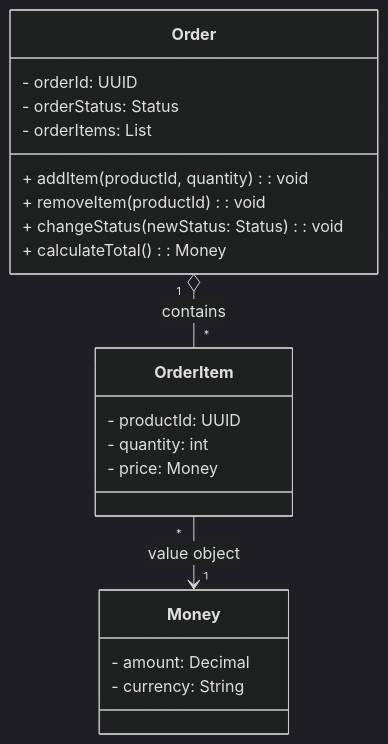
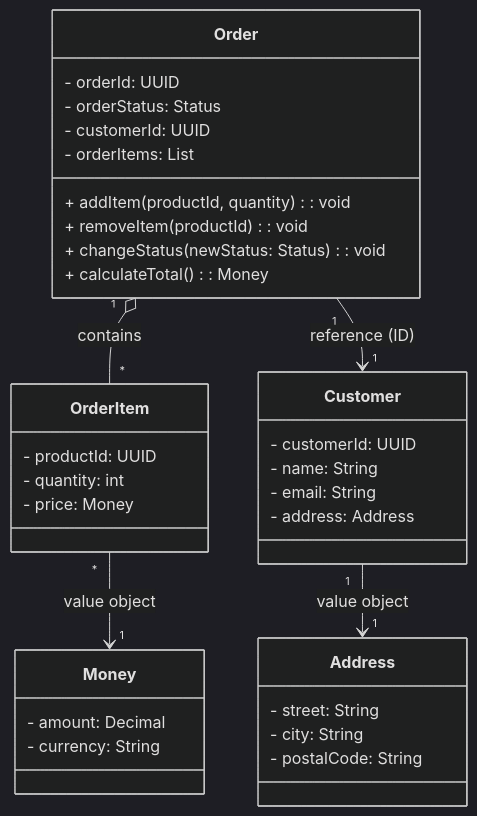
One commit to coli-bear/ddd changed the second of 2 diagrams in docs/ddd-concepts.md. Above: the diagram before and after it, drawn with Mermaid (dark theme). The commit also changed other lines of this file, not shown here.

````diff
--- a/docs/ddd-concepts.md
+++ b/docs/ddd-concepts.md
@@ -72,25 +169,42 @@
 ```mermaid
 classDiagram
     class Order {
         - orderId: UUID
         - orderStatus: Status
+        - customerId: UUID
         - orderItems: List<OrderItem>
         + addItem(productId, quantity): void 
         + removeItem(productId): void
         + changeStatus(newStatus: Status): void
         + calculateTotal(): Money
     }
+    
+    class Customer {
+        - customerId: UUID
+        - name: String
+        - email: String
+        - address: Address
+    }
+    
+    class Address {
+        - street: String
+        - city: String
+        - postalCode: String
+    }
+    
     class OrderItem {
         - productId: UUID
         - quantity: int
         - price: Money
     }
     
     class Money {
         - amount: Decimal 
         - currency: String
     }
     
     Order "1" o-- "*" OrderItem : contains
     OrderItem "*" --> "1" Money : value object 
+    Order "1" --> "1" Customer : reference (ID)
+    Customer "1" --> "1" Address : value object
 ```
````
